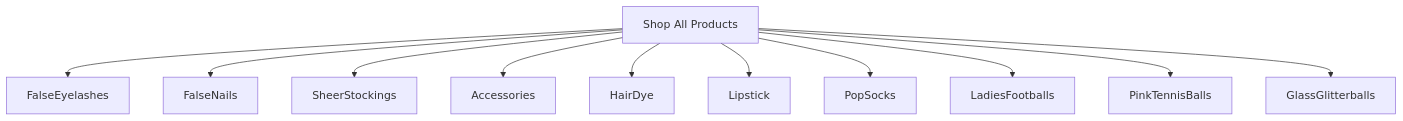
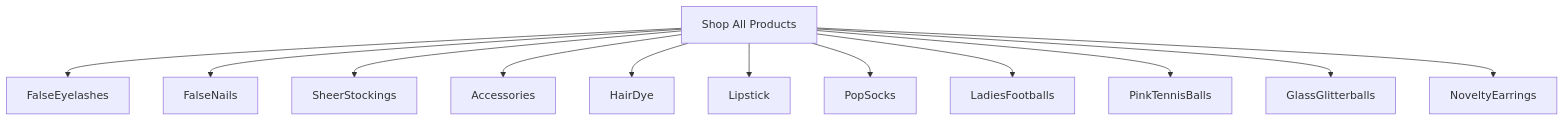
Before and after one commit to misterfitzy/false-eyelash-store: the diagram in specs/product-spec.md, drawn with Mermaid. The commit also changed other lines of this file, not shown here.

Commit message:
Add Novelty Earrings as a core catalog category: shopper features, admin features, filtering, data model, user stories, accessibility, and next steps.

````diff
--- a/specs/product-spec.md
+++ b/specs/product-spec.md
@@ -20,25 +20,27 @@
 ```mermaid
 graph TD
   Catalog["Shop All Products"]
   FalseEyelashes
   FalseNails
   SheerStockings
   Accessories
   HairDye
   Lipstick
   PopSocks
   LadiesFootballs
   PinkTennisBalls
   GlassGlitterballs
+  NoveltyEarrings
 
   Catalog --> FalseEyelashes
   Catalog --> FalseNails
   Catalog --> SheerStockings
   Catalog --> Accessories
   Catalog --> HairDye
   Catalog --> Lipstick
   Catalog --> PopSocks
   Catalog --> LadiesFootballs
   Catalog --> PinkTennisBalls
   Catalog --> GlassGlitterballs
+  Catalog --> NoveltyEarrings
 ```
````
